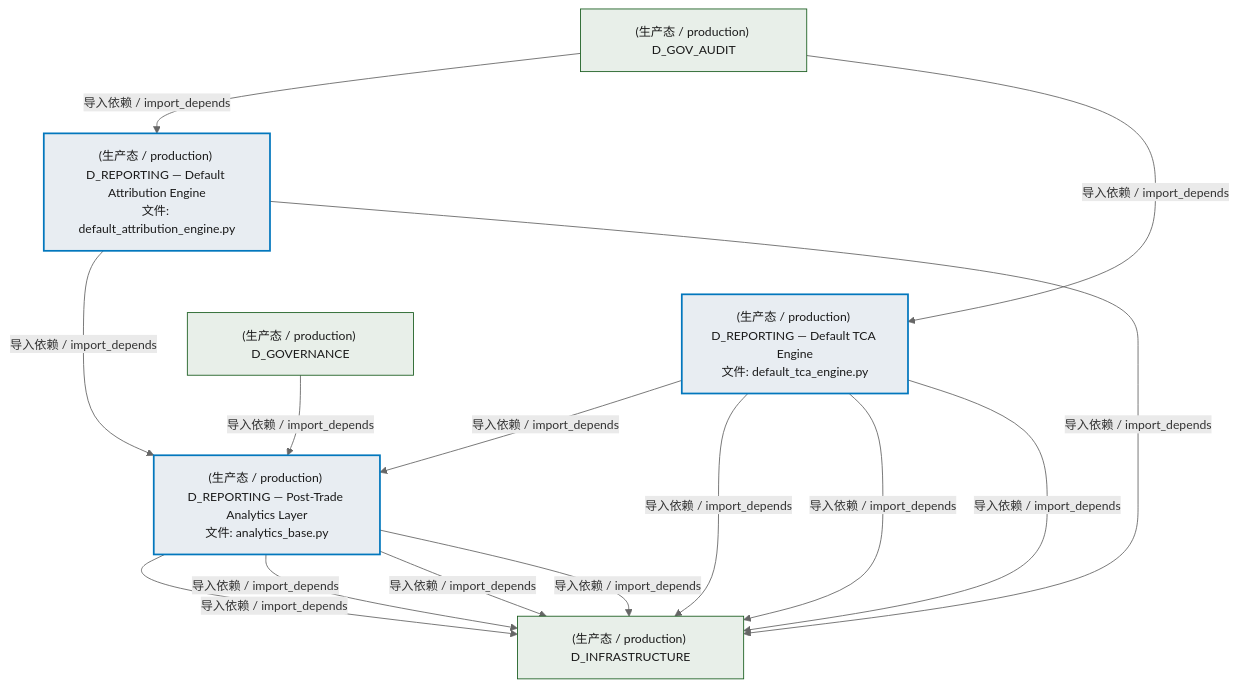
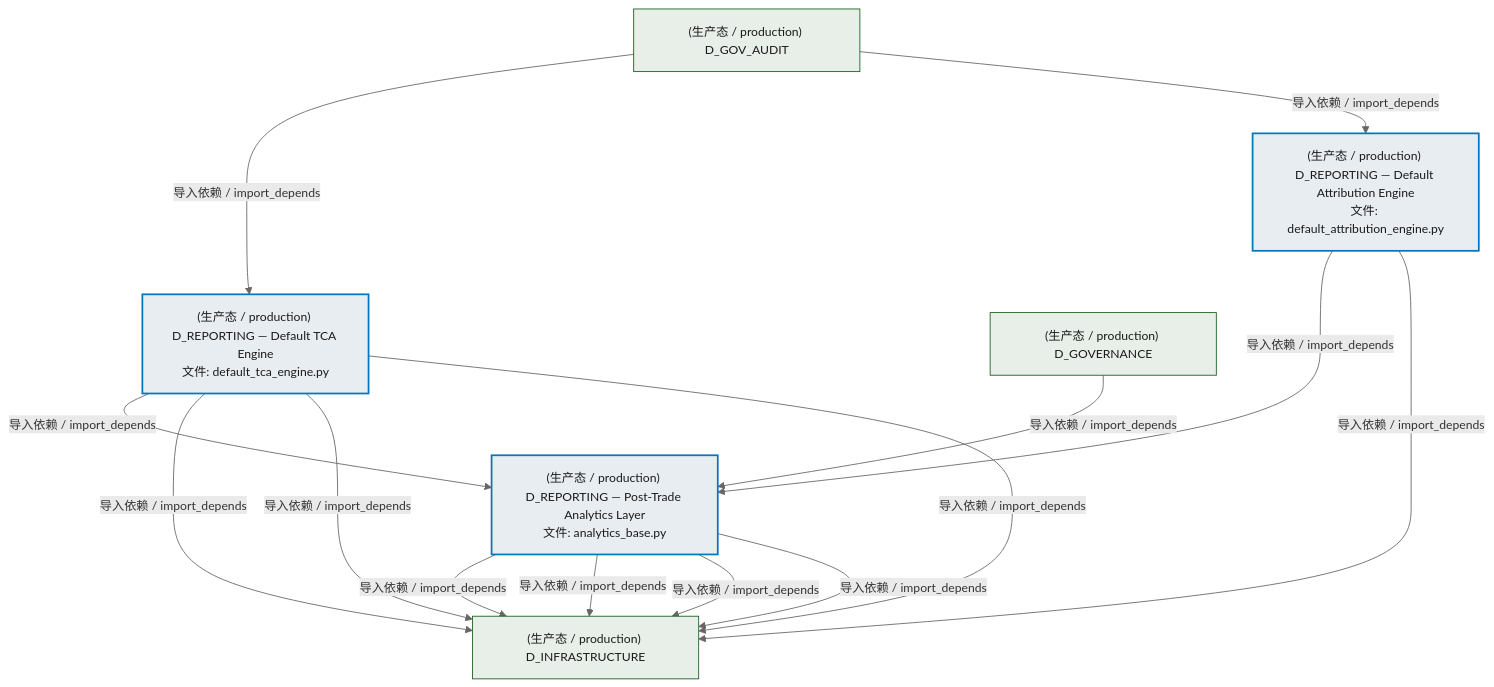
One commit to xuanFelixVan/ZephyrAlpha changed the second of 3 diagrams in docs/02_enterprise_architecture/02_domain_architecture_docs/26_d_reporting.md. Above: the diagram before and after it, drawn with Mermaid. The commit also changed other lines of this file and 40 other files, not shown here.

````diff
--- a/docs/02_enterprise_architecture/02_domain_architecture_docs/26_d_reporting.md
+++ b/docs/02_enterprise_architecture/02_domain_architecture_docs/26_d_reporting.md
@@ -98,30 +98,30 @@
 ```mermaid
 %%{init: {'theme': 'base', 'themeVariables': {'primaryColor': '#eaeaea', 'primaryTextColor': '#333333', 'primaryBorderColor': '#666666', 'lineColor': '#666666', 'secondaryColor': '#eaeaea', 'tertiaryColor': '#eaeaea', 'fontSize': '14px'}}}%%
 flowchart TD
     src_zephyr_reporting_default_attribution_engine_py["(生产态 / production) D_REPORTING — Default Attribution Engine<br/>文件: default_attribution_engine.py"]
     src_zephyr_reporting_default_tca_engine_py["(生产态 / production) D_REPORTING — Default TCA Engine<br/>文件: default_tca_engine.py"]
     src_zephyr_reporting_default_attribution_engine_py ~~~ src_zephyr_reporting_default_tca_engine_py
     src_zephyr_reporting_analytics_base_py["(生产态 / production) D_REPORTING — Post-Trade Analytics Layer<br/>文件: analytics_base.py"]
+    src_zephyr_reporting_default_tca_engine_py -->|导入依赖 / import_depends| src_zephyr_reporting_analytics_base_py
     src_zephyr_reporting_default_attribution_engine_py -->|导入依赖 / import_depends| src_zephyr_reporting_analytics_base_py
-    src_zephyr_reporting_default_tca_engine_py -->|导入依赖 / import_depends| src_zephyr_reporting_analytics_base_py
     D_INFRASTRUCTURE["(生产态 / production) D_INFRASTRUCTURE"]
     src_zephyr_reporting_default_tca_engine_py -->|导入依赖 / import_depends| D_INFRASTRUCTURE
     src_zephyr_reporting_analytics_base_py -->|导入依赖 / import_depends| D_INFRASTRUCTURE
     src_zephyr_reporting_default_tca_engine_py -->|导入依赖 / import_depends| D_INFRASTRUCTURE
     src_zephyr_reporting_analytics_base_py -->|导入依赖 / import_depends| D_INFRASTRUCTURE
     src_zephyr_reporting_analytics_base_py -->|导入依赖 / import_depends| D_INFRASTRUCTURE
     src_zephyr_reporting_analytics_base_py -->|导入依赖 / import_depends| D_INFRASTRUCTURE
     src_zephyr_reporting_default_attribution_engine_py -->|导入依赖 / import_depends| D_INFRASTRUCTURE
     src_zephyr_reporting_default_tca_engine_py -->|导入依赖 / import_depends| D_INFRASTRUCTURE
     D_GOV_AUDIT["(生产态 / production) D_GOV_AUDIT"]
-    D_GOV_AUDIT -->|导入依赖 / import_depends| src_zephyr_reporting_default_attribution_engine_py
+    D_GOV_AUDIT -->|导入依赖 / import_depends| src_zephyr_reporting_default_tca_engine_py
     D_GOVERNANCE["(生产态 / production) D_GOVERNANCE"]
     D_GOVERNANCE -->|导入依赖 / import_depends| src_zephyr_reporting_analytics_base_py
-    D_GOV_AUDIT -->|导入依赖 / import_depends| src_zephyr_reporting_default_tca_engine_py
+    D_GOV_AUDIT -->|导入依赖 / import_depends| src_zephyr_reporting_default_attribution_engine_py
     classDef production fill:#e8edf2,stroke:#0277bd,stroke-width:2px,color:#1a1a1a
     classDef design fill:#f0ebe3,stroke:#bf360c,stroke-width:2px,color:#1a1a1a,stroke-dasharray: 5 5
     classDef external_prod fill:#e8efe9,stroke:#1b5e20,stroke-width:1px,color:#1a1a1a
     classDef external_design fill:#efe5ea,stroke:#880e4f,stroke-width:1px,color:#1a1a1a,stroke-dasharray: 5 5
     class src_zephyr_reporting_analytics_base_py,src_zephyr_reporting_default_attribution_engine_py,src_zephyr_reporting_default_tca_engine_py production
     class D_INFRASTRUCTURE,D_GOV_AUDIT,D_GOVERNANCE external_prod
 ```
````
